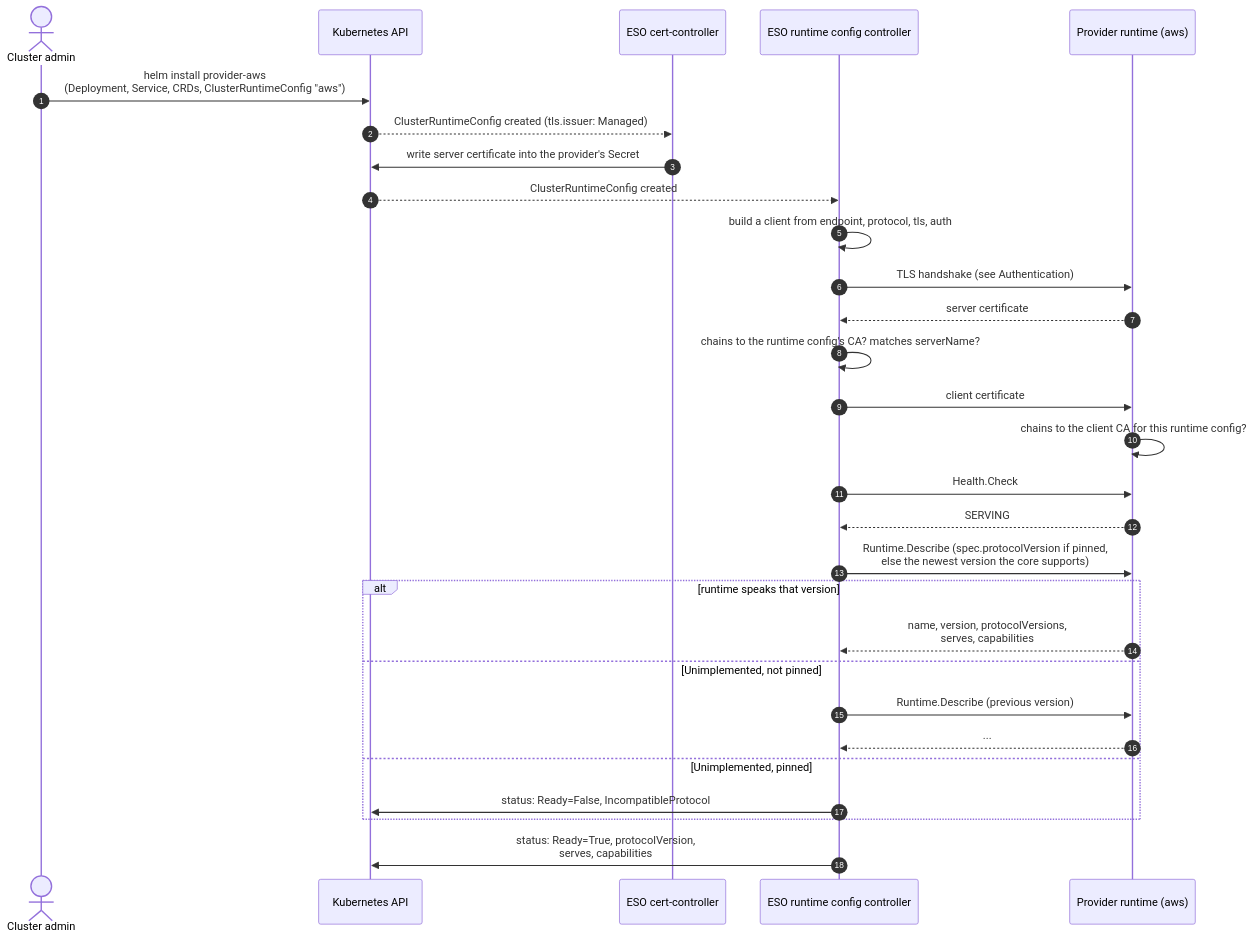
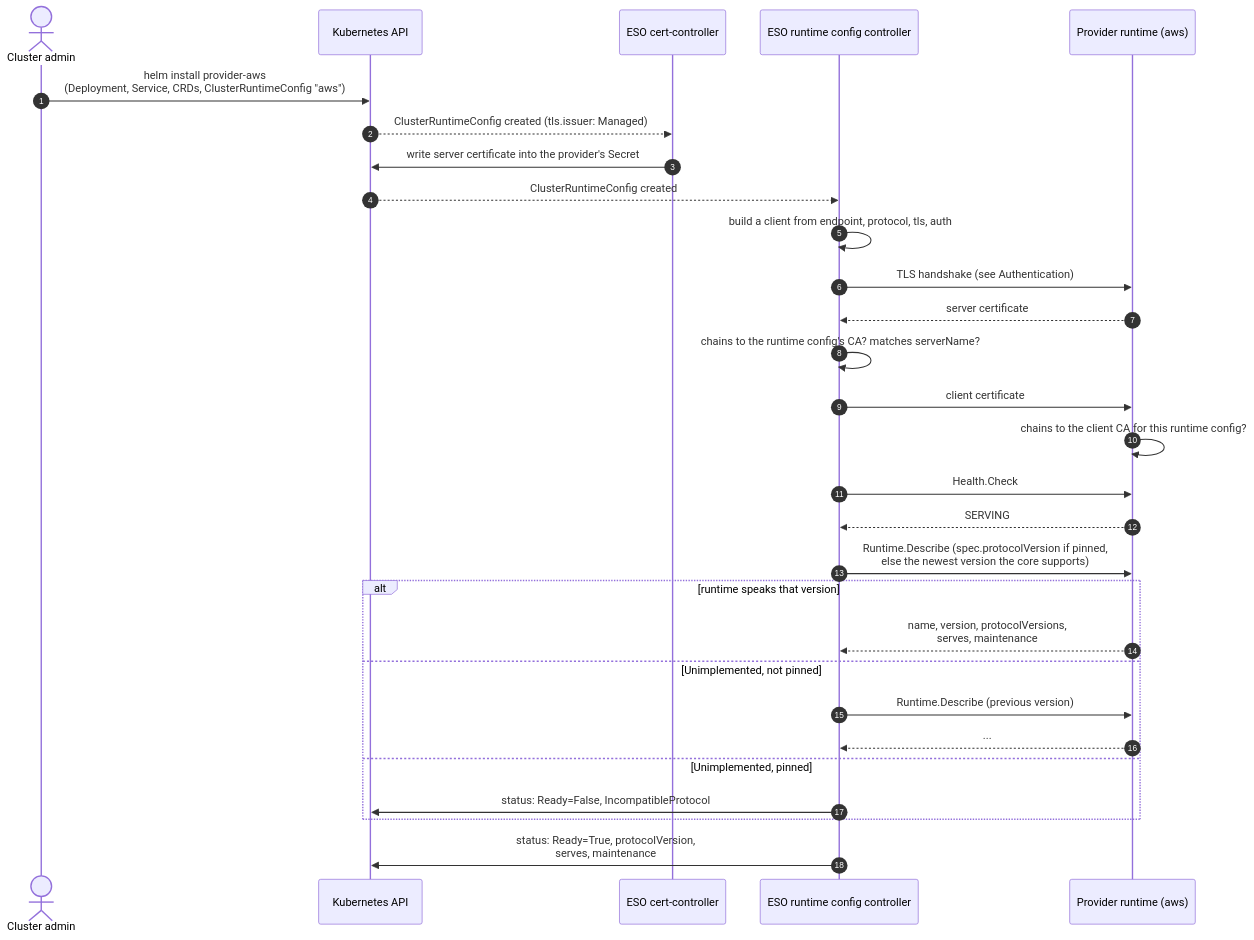
The second of 6 diagrams in design/014/PROTOCOL.md (external-secrets/external-secrets), drawn with Mermaid before and after one commit. The commit also changed other lines of this file and 4 other files, not shown here.

````diff
--- a/design/014/PROTOCOL.md
+++ b/design/014/PROTOCOL.md
@@ -269,32 +309,32 @@
 ```mermaid
 sequenceDiagram
     autonumber
     actor Admin as Cluster admin
     participant K as Kubernetes API
     participant CertC as ESO cert-controller
     participant RCC as ESO runtime config controller
     participant P as Provider runtime (aws)
 
     Admin->>K: helm install provider-aws<br/>(Deployment, Service, CRDs, ClusterRuntimeConfig "aws")
     K-->>CertC: ClusterRuntimeConfig created (tls.issuer: Managed)
     CertC->>K: write server certificate into the provider's Secret
     K-->>RCC: ClusterRuntimeConfig created
     RCC->>RCC: build a client from endpoint, protocol, tls, auth
     RCC->>P: TLS handshake (see Authentication)
     P-->>RCC: server certificate
     RCC->>RCC: chains to the runtime config's CA? matches serverName?
     RCC->>P: client certificate
     P->>P: chains to the client CA for this runtime config?
     RCC->>P: Health.Check
     P-->>RCC: SERVING
     RCC->>P: Runtime.Describe (spec.protocolVersion if pinned,<br/>else the newest version the core supports)
     alt runtime speaks that version
-        P-->>RCC: name, version, protocolVersions,<br/>serves, capabilities
+        P-->>RCC: name, version, protocolVersions,<br/>serves, maintenance
     else Unimplemented, not pinned
         RCC->>P: Runtime.Describe (previous version)
         P-->>RCC: ...
     else Unimplemented, pinned
         RCC->>K: status: Ready=False, IncompatibleProtocol
     end
-    RCC->>K: status: Ready=True, protocolVersion,<br/>serves, capabilities
+    RCC->>K: status: Ready=True, protocolVersion,<br/>serves, maintenance
 ```
````
